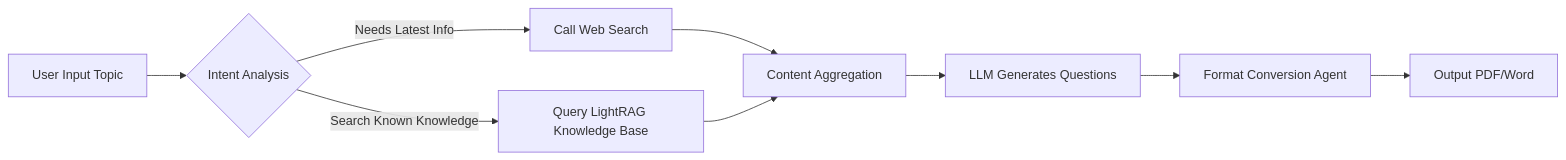
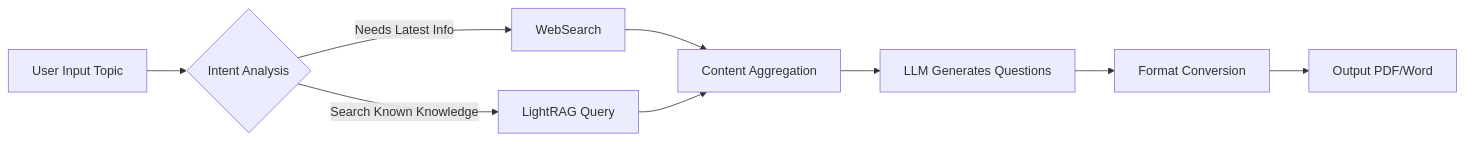
One commit to abaiar/Teacher_Assistant_AI changed the first of 2 diagrams in README_EN.md. Above: the diagram before and after it, drawn with Mermaid. The commit also changed other lines of this file and 2 other files, not shown here.

````diff
--- a/README_EN.md
+++ b/README_EN.md
@@ -77,11 +100,11 @@
 ```mermaid
 graph LR
     A[User Input Topic] --> B{Intent Analysis}
-    B -->|Needs Latest Info| C[Call Web Search]
-    B -->|Search Known Knowledge| D[Query LightRAG Knowledge Base]
+    B -->|Needs Latest Info| C[WebSearch]
+    B -->|Search Known Knowledge| D[LightRAG Query]
     C --> E[Content Aggregation]
     D --> E
     E --> F[LLM Generates Questions]
-    F --> G[Format Conversion Agent]
+    F --> G[Format Conversion]
     G --> H[Output PDF/Word]
 ```
````
